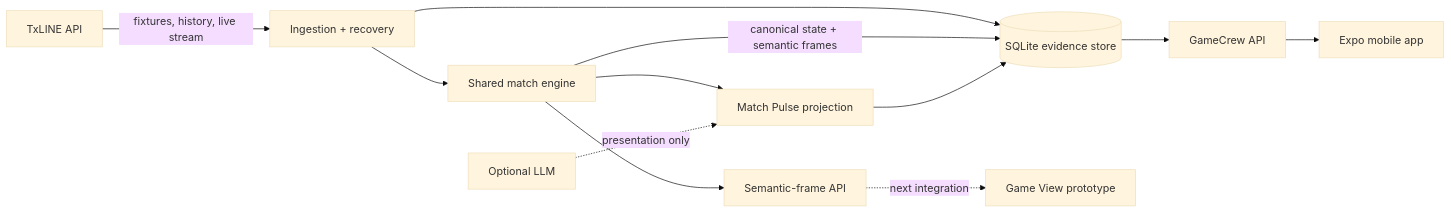
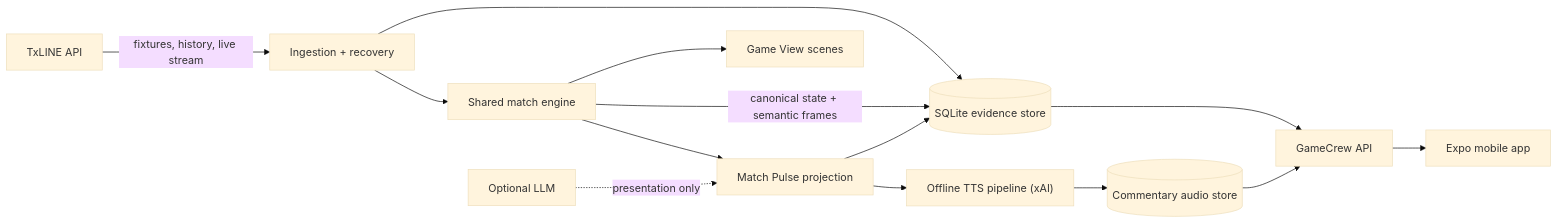
Before and after one commit to bucketshop69/gamecrew: the diagram in README.md, drawn with Mermaid (base theme). The commit also changed other lines of this file and 1 other file, not shown here.

````diff
--- a/README.md
+++ b/README.md
@@ -45,14 +67,16 @@
 ```mermaid
 flowchart LR
   TX["TxLINE API"] -->|fixtures, history, live stream| ING["Ingestion + recovery"]
   ING --> DB[("SQLite evidence store")]
   ING --> ENGINE["Shared match engine"]
   ENGINE -->|canonical state + semantic frames| DB
   ENGINE --> PULSE["Match Pulse projection"]
-  ENGINE --> FRAMES["Semantic-frame API"]
-  FRAMES -. next integration .-> VIEW["Game View prototype"]
+  ENGINE --> VIEW["Game View scenes"]
   LLM["Optional LLM"] -. presentation only .-> PULSE
   PULSE --> DB
+  PULSE --> TTS["Offline TTS pipeline (xAI)"]
+  TTS --> AUDIODB[("Commentary audio store")]
   DB --> API["GameCrew API"]
+  AUDIODB --> API
   API --> MOBILE["Expo mobile app"]
 ```
````
